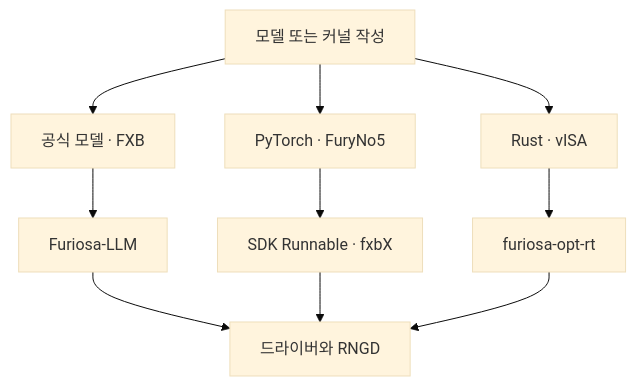
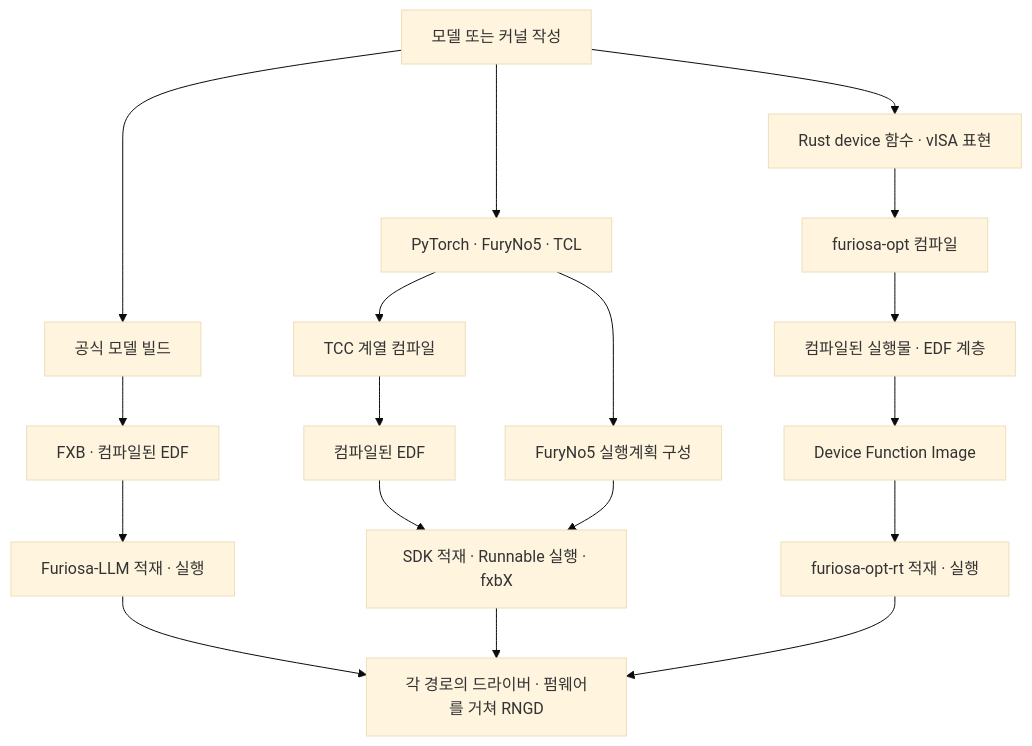
Before and after one commit to smallstep-zzz/furyno5-handbook: the diagram in content/00-reading-map.md, drawn with Mermaid (base theme). The commit also changed other lines of this file and 68 other files, not shown here.

First line of the commit message:
Clarify vISA and EDF runtime boundaries; expand FuryAwesome and optimization research

````diff
--- a/content/00-reading-map.md
+++ b/content/00-reading-map.md
@@ -23,12 +23,20 @@
 ```mermaid
 flowchart TB
-  M["모델 또는 커널 작성"] --> A["공식 모델 · FXB"]
-  M --> B["PyTorch · FuryNo5"]
-  M --> C["Rust · vISA"]
-  A --> L["Furiosa-LLM"]
-  B --> F["SDK Runnable · fxbX"]
-  C --> O["furiosa-opt-rt"]
-  L --> N["드라이버와 RNGD"]
+  M["모델 또는 커널 작성"] --> A["공식 모델 빌드"]
+  M --> B["PyTorch · FuryNo5 · TCL"]
+  M --> C["Rust device 함수 · vISA 표현"]
+  A --> AB["FXB · 컴파일된 EDF"]
+  B --> BC["TCC 계열 컴파일"]
+  BC --> BE["컴파일된 EDF"]
+  B --> BP["FuryNo5 실행계획 구성"]
+  C --> CC["furiosa-opt 컴파일"]
+  CC --> CE["컴파일된 실행물 · EDF 계층"]
+  CE --> CI["Device Function Image"]
+  AB --> L["Furiosa-LLM 적재 · 실행"]
+  BE --> F["SDK 적재 · Runnable 실행 · fxbX"]
+  BP --> F
+  CI --> O["furiosa-opt-rt 적재 · 실행"]
+  L --> N["각 경로의 드라이버 · 펌웨어를 거쳐 RNGD"]
   F --> N
   O --> N
 ```
````
